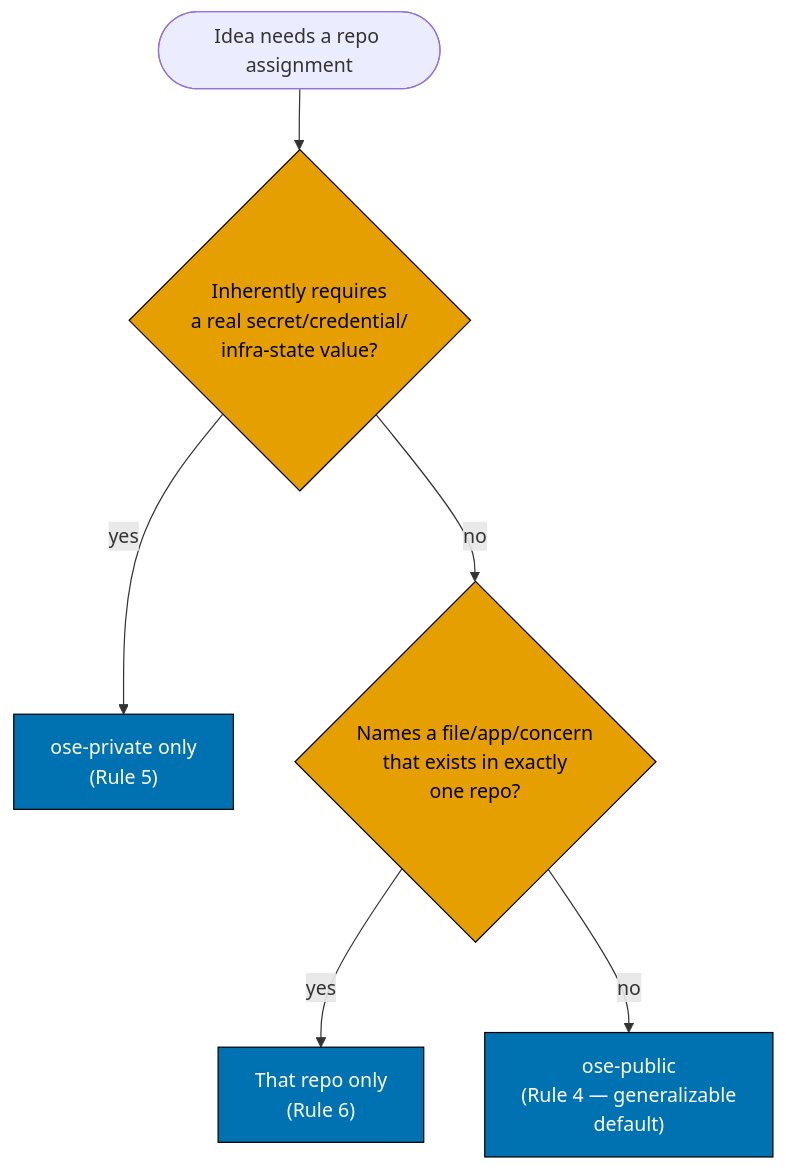
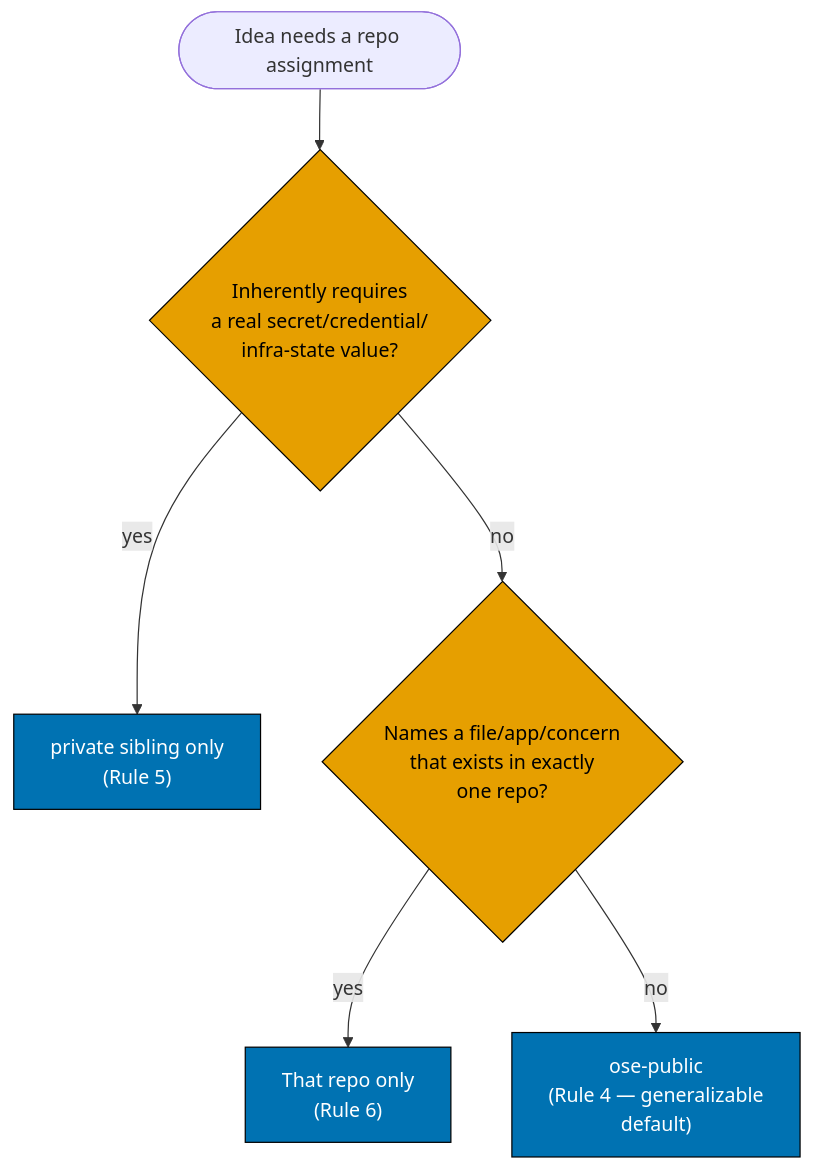
Before and after one commit to wahidyankf/ose-public: the third of 4 diagrams in plans/done/2026-08-05__plan-ideas-grooming-workflow/tech-docs.md, drawn with Mermaid. The commit also changed other lines of this file and 325 other files, not shown here.

First line of the commit message:
docs(repo): name the private sibling by role, not by repository

````diff
--- a/plans/done/2026-08-05__plan-ideas-grooming-workflow/tech-docs.md
+++ b/plans/done/2026-08-05__plan-ideas-grooming-workflow/tech-docs.md
@@ -69,13 +69,13 @@
 ```mermaid
 flowchart TD
     Start(["Idea needs a repo assignment"]) --> Q1{"Inherently requires<br/>a real secret/credential/<br/>infra-state value?"}
-    Q1 -->|"yes"| Private["ose-private only<br/>(Rule 5)"]
+    Q1 -->|"yes"| Private["private sibling only<br/>(Rule 5)"]
     Q1 -->|"no"| Q2{"Names a file/app/concern<br/>that exists in exactly<br/>one repo?"}
     Q2 -->|"yes"| SingleRepo["That repo only<br/>(Rule 6)"]
     Q2 -->|"no"| Public["ose-public<br/>(Rule 4 — generalizable<br/>default)"]
 
     classDef decision fill:#E69F00,stroke:#000,color:#000
     classDef outcome fill:#0072B2,stroke:#000,color:#fff
     class Q1,Q2 decision
     class Private,SingleRepo,Public outcome
 ```
````
